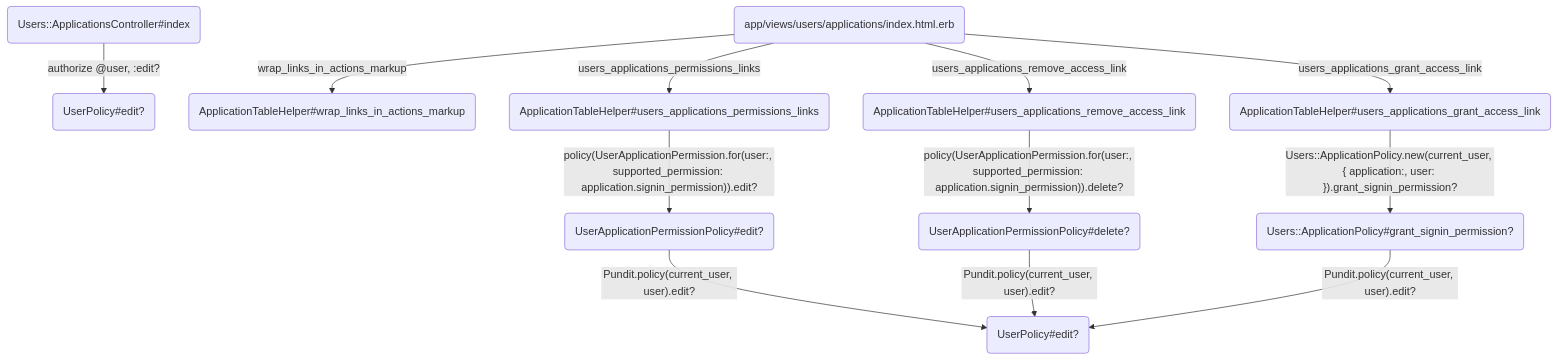
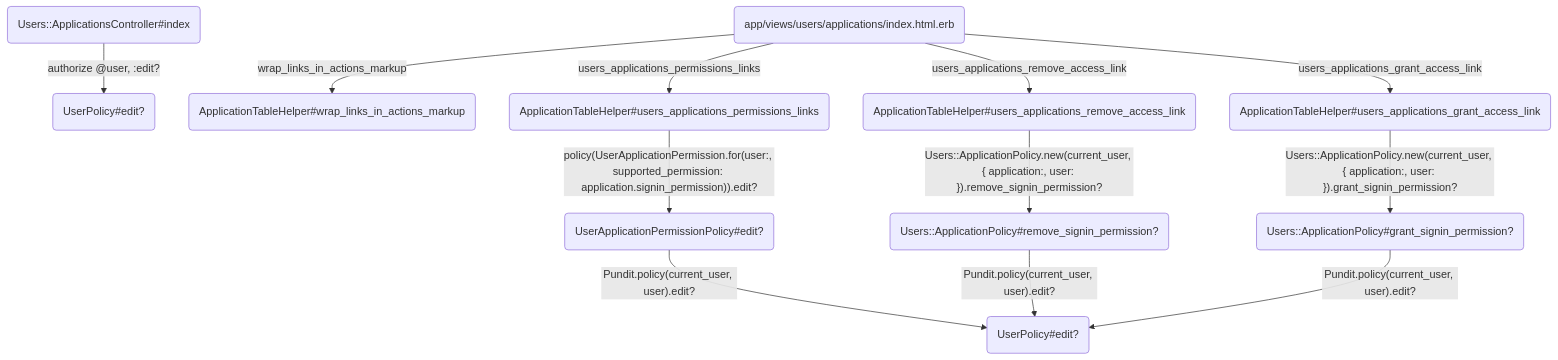
The seventh of 12 diagrams in docs/access_and_permissions.md (alphagov/signon), drawn with Mermaid before and after one commit. The commit also changed 4 other files, not shown here.

First line of the commit message:
Add `remove_signin_permission?` policy method

````diff
--- a/docs/access_and_permissions.md
+++ b/docs/access_and_permissions.md
@@ -186,14 +186,14 @@
 ```mermaid
 flowchart TD
     A(Users::ApplicationsController#index) --authorize @user, :edit?--> B(UserPolicy#edit?)
     C(app/views/users/applications/index.html.erb) --wrap_links_in_actions_markup--> D(ApplicationTableHelper#wrap_links_in_actions_markup)
     C --users_applications_permissions_links--> E(ApplicationTableHelper#users_applications_permissions_links)
     E --policy(UserApplicationPermission.for(user:, supported_permission: application.signin_permission)).edit?--> F(UserApplicationPermissionPolicy#edit?)
     F --Pundit.policy(current_user, user).edit?--> G(UserPolicy#edit?)
     C --users_applications_remove_access_link--> H(ApplicationTableHelper#users_applications_remove_access_link)
-    H --policy(UserApplicationPermission.for(user:, supported_permission: application.signin_permission)).delete?--> I(UserApplicationPermissionPolicy#delete?)
+    H --Users::ApplicationPolicy.new(current_user, { application:, user: }).remove_signin_permission?--> I(Users::ApplicationPolicy#remove_signin_permission?)
     I --Pundit.policy(current_user, user).edit?--> G
     C --users_applications_grant_access_link--> J(ApplicationTableHelper#users_applications_grant_access_link)
     J --Users::ApplicationPolicy.new(current_user, { application:, user: }).grant_signin_permission?--> K(Users::ApplicationPolicy#grant_signin_permission?)
     K --Pundit.policy(current_user, user).edit?--> G
 ```
````
